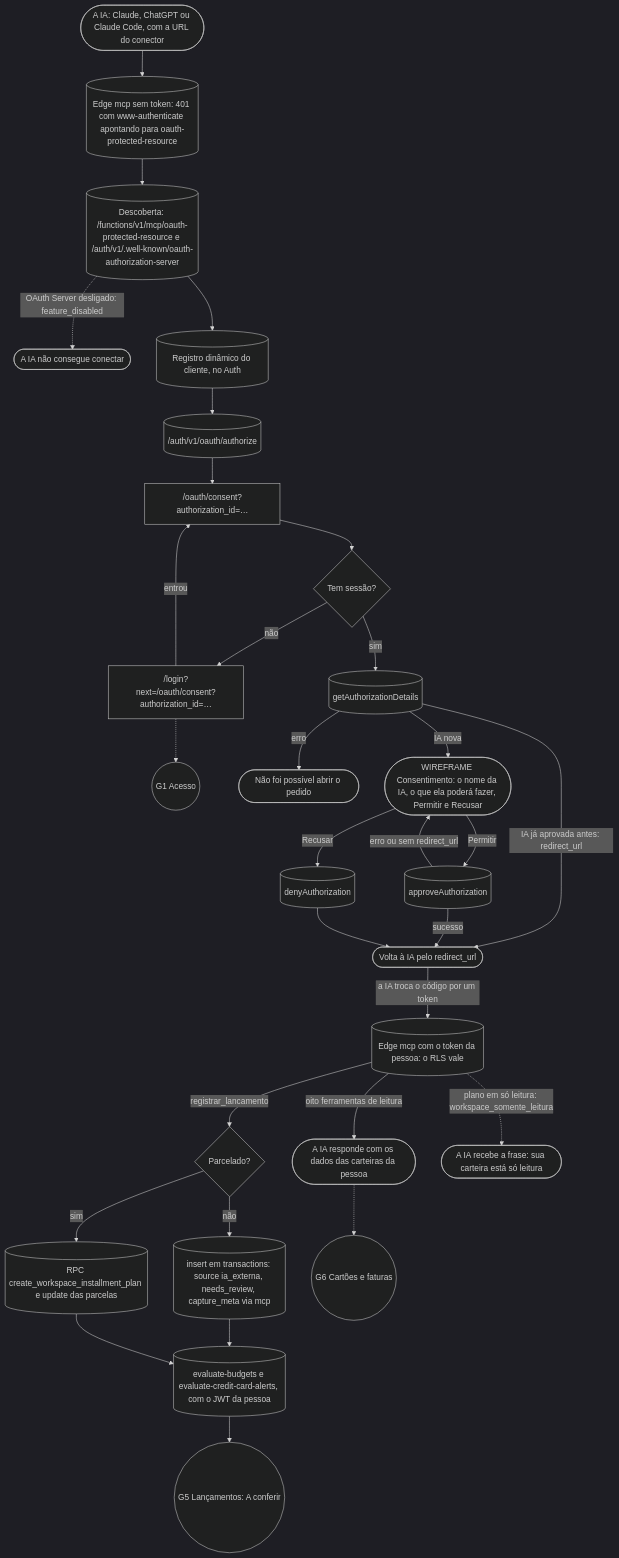
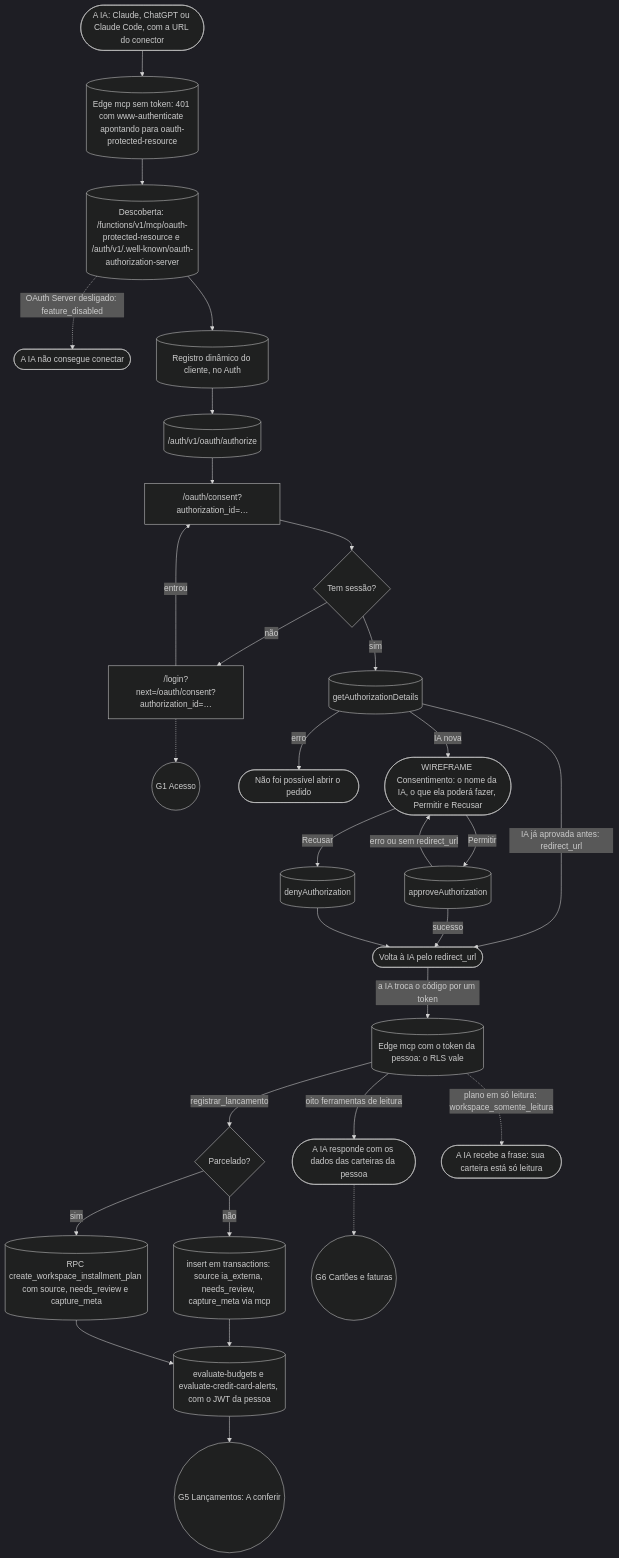
Before and after one commit to kauax2000/finance_app: diagram 30 of 31 in docs/JORNADAS.md, drawn with Mermaid. The commit also changed other lines of this file and 15 other files, not shown here.

````diff
--- a/docs/JORNADAS.md
+++ b/docs/JORNADAS.md
@@ -2008,33 +2008,33 @@
 ```mermaid
 %%{init: {"theme": "dark"}}%%
 flowchart TD
     ia(["A IA: Claude, ChatGPT ou Claude Code, com a URL do conector"]) --> semToken[("Edge mcp sem token: 401 com www-authenticate apontando para oauth-protected-resource")]
     semToken --> descoberta[("Descoberta: /functions/v1/mcp/oauth-protected-resource e /auth/v1/.well-known/oauth-authorization-server")]
     descoberta -.->|"OAuth Server desligado: feature_disabled"| semOauth(["A IA não consegue conectar"])
     descoberta --> registro[("Registro dinâmico do cliente, no Auth")]
     registro --> autorizar[("/auth/v1/oauth/authorize")]
     autorizar --> consent["/oauth/consent?authorization_id=…"]
     consent --> sessao{"Tem sessão?"}
     sessao -->|"não"| login["/login?next=/oauth/consent?authorization_id=…"]
     login -->|"entrou"| consent
     login -.-> G1(("G1 Acesso"))
     sessao -->|"sim"| detalhes[("getAuthorizationDetails")]
     detalhes -->|"erro"| erroDetalhes(["Não foi possível abrir o pedido"])
     detalhes -->|"IA já aprovada antes: redirect_url"| volta(["Volta à IA pelo redirect_url"])
     detalhes -->|"IA nova"| pergunta(["WIREFRAME Consentimento: o nome da IA, o que ela poderá fazer, Permitir e Recusar"])
     pergunta -->|"Permitir"| aprovar[("approveAuthorization")]
     pergunta -->|"Recusar"| negar[("denyAuthorization")]
     aprovar -->|"erro ou sem redirect_url"| pergunta
     aprovar -->|"sucesso"| volta
     negar --> volta
     volta -->|"a IA troca o código por um token"| chamadas[("Edge mcp com o token da pessoa: o RLS vale")]
     chamadas -->|"oito ferramentas de leitura"| leitura(["A IA responde com os dados das carteiras da pessoa"])
     chamadas -->|"registrar_lancamento"| escrita{"Parcelado?"}
     escrita -->|"não"| insere[("insert em transactions: source ia_externa, needs_review, capture_meta via mcp")]
-    escrita -->|"sim"| plano[("RPC create_workspace_installment_plan e update das parcelas")]
+    escrita -->|"sim"| plano[("RPC create_workspace_installment_plan com source, needs_review e capture_meta")]
     insere --> avalia[("evaluate-budgets e evaluate-credit-card-alerts, com o JWT da pessoa")]
     plano --> avalia
     avalia --> G5(("G5 Lançamentos: A conferir"))
     chamadas -.->|"plano em só leitura: workspace_somente_leitura"| barrado(["A IA recebe a frase: sua carteira está só leitura"])
     leitura -.-> G6(("G6 Cartões e faturas"))
 ```
````
